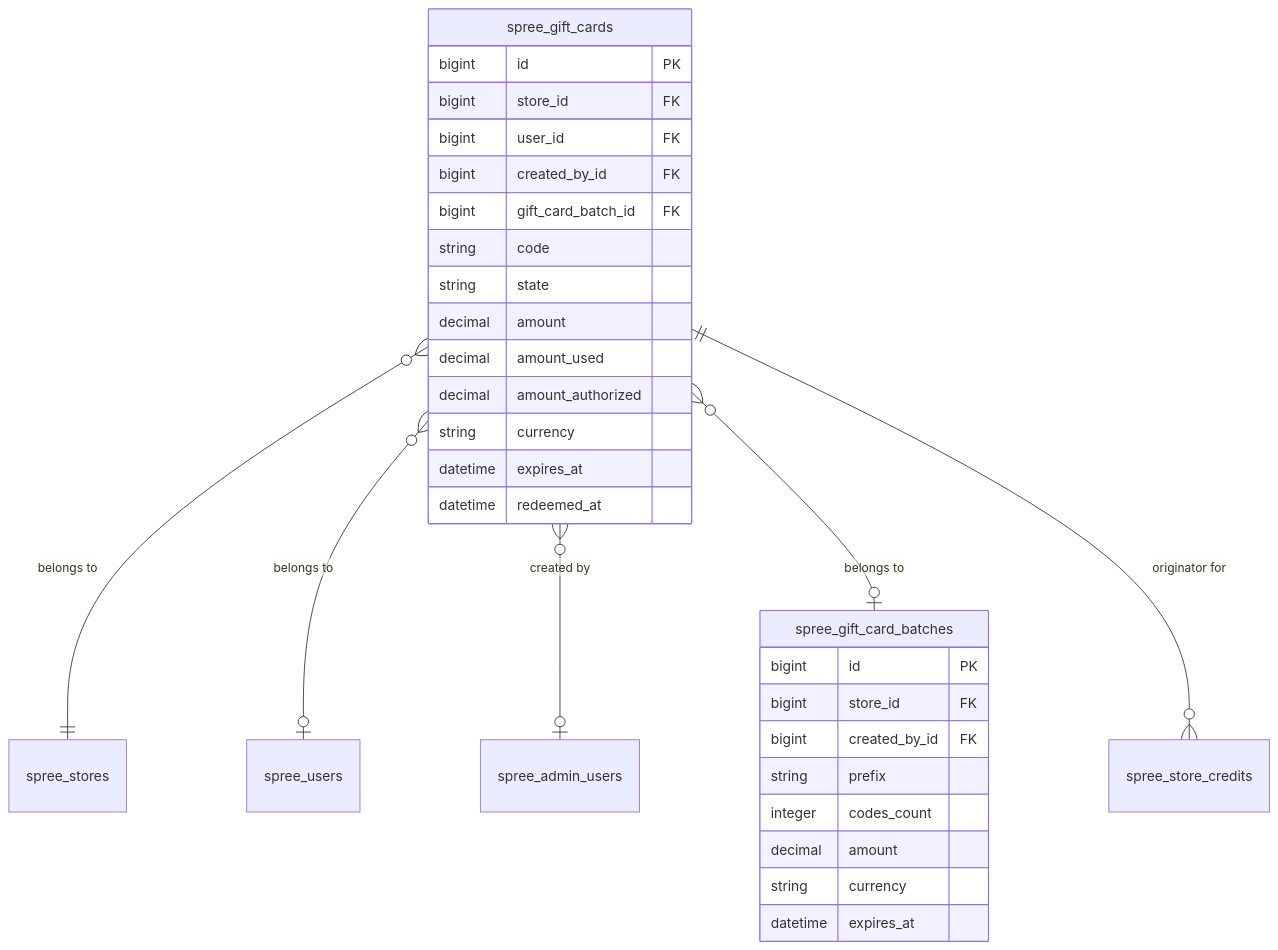
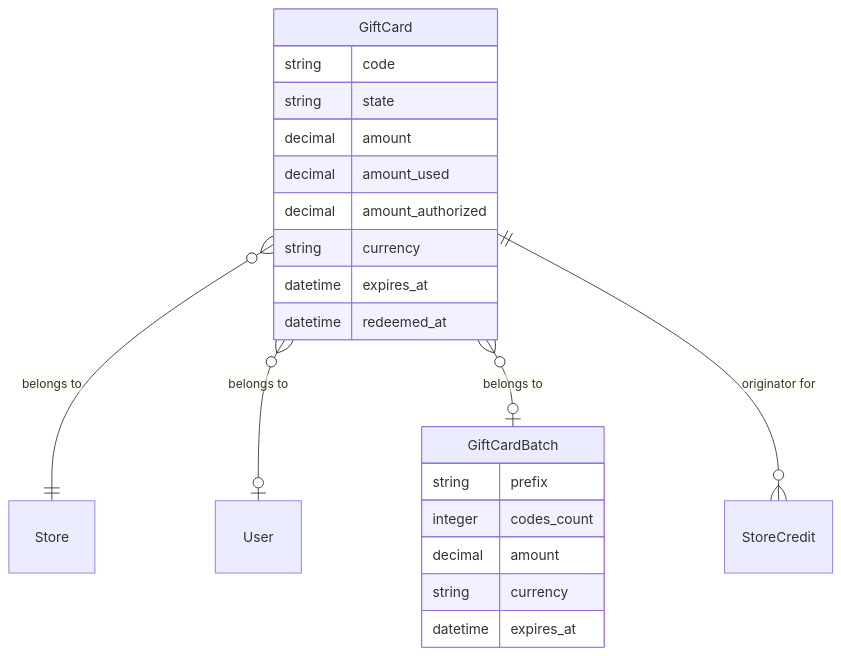
Before and after one commit to spree/spree: the second of 5 diagrams in docs/developer/core-concepts/store-credits-gift-cards.mdx, drawn with Mermaid. The commit also changed other lines of this file and 21 other files, not shown here.

````diff
--- a/docs/developer/core-concepts/store-credits-gift-cards.mdx
+++ b/docs/developer/core-concepts/store-credits-gift-cards.mdx
@@ -187,35 +139,26 @@
 ```mermaid
 erDiagram
-    spree_gift_cards }o--|| spree_stores : "belongs to"
-    spree_gift_cards }o--o| spree_users : "belongs to"
-    spree_gift_cards }o--o| spree_admin_users : "created by"
-    spree_gift_cards }o--o| spree_gift_card_batches : "belongs to"
-    spree_gift_cards ||--o{ spree_store_credits : "originator for"
+    GiftCard }o--|| Store : "belongs to"
+    GiftCard }o--o| User : "belongs to"
+    GiftCard }o--o| GiftCardBatch : "belongs to"
+    GiftCard ||--o{ StoreCredit : "originator for"
 
-    spree_gift_cards {
-        bigint id PK
-        bigint store_id FK
-        bigint user_id FK
-        bigint created_by_id FK
-        bigint gift_card_batch_id FK
+    GiftCard {
         string code
         string state
         decimal amount
         decimal amount_used
         decimal amount_authorized
         string currency
         datetime expires_at
         datetime redeemed_at
     }
 
-    spree_gift_card_batches {
-        bigint id PK
-        bigint store_id FK
-        bigint created_by_id FK
+    GiftCardBatch {
         string prefix
         integer codes_count
         decimal amount
         string currency
         datetime expires_at
     }
 ```
````
